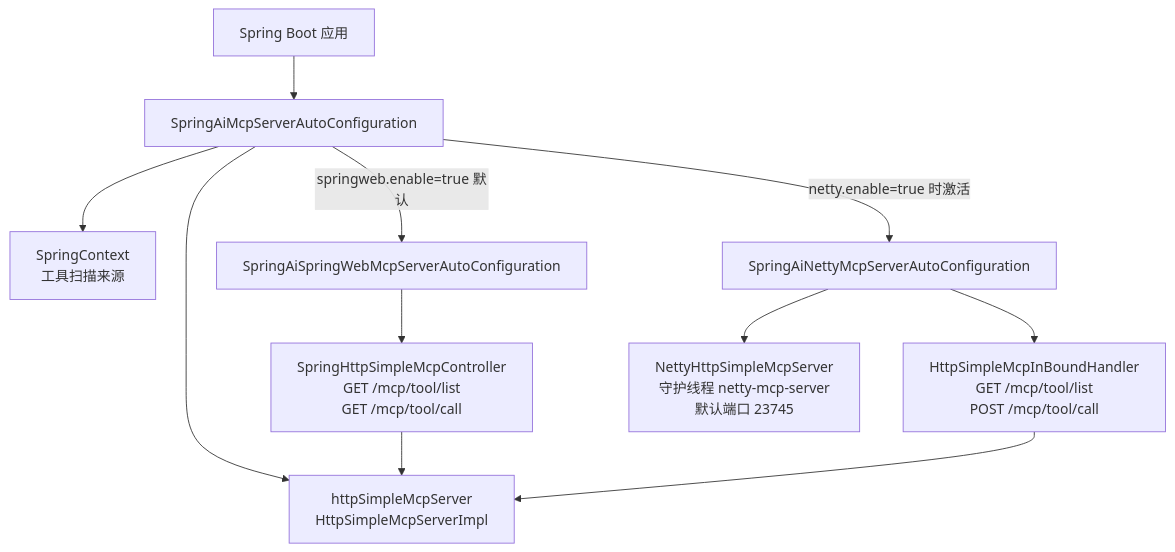
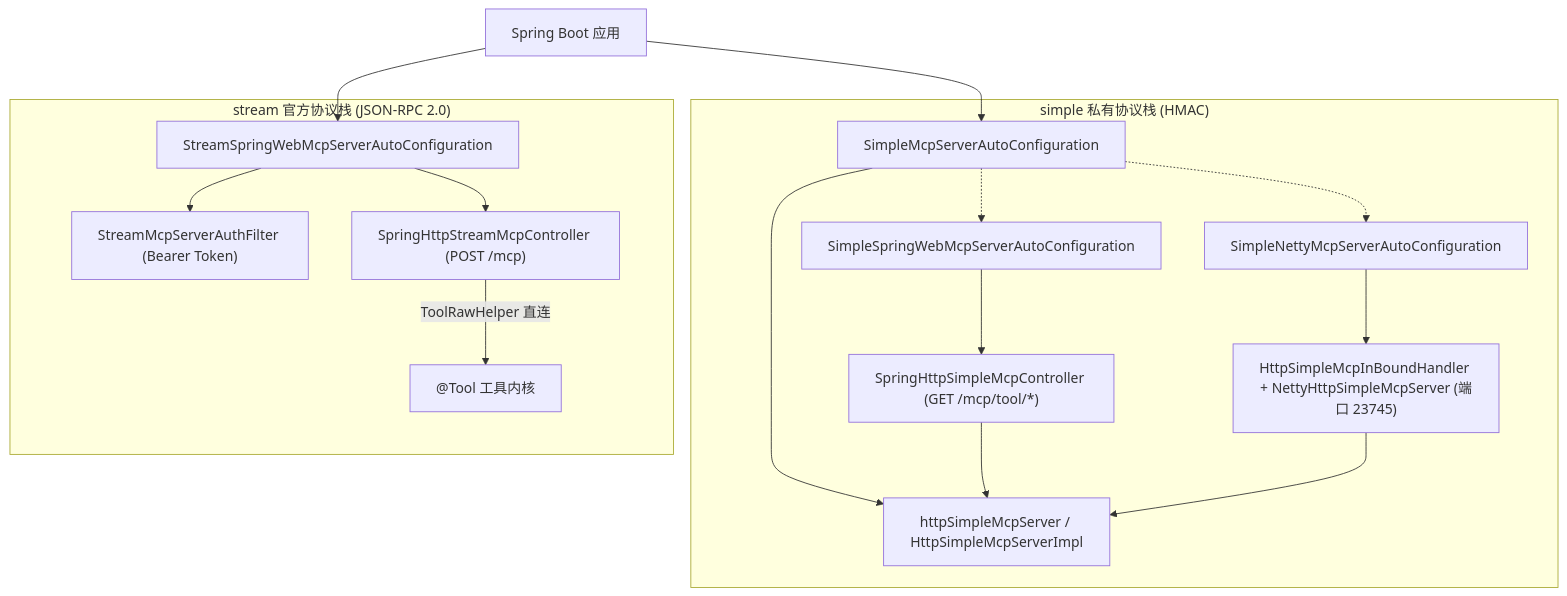
One commit to Ice2Faith/i2f-turbo-java changed the first of 2 diagrams in .wiki/modules/i2f-springboot/i2f-springboot-ai-mcp-server/readme.md. Above: the diagram before and after it, drawn with Mermaid. The commit also changed other lines of this file and 3 other files, not shown here.

````diff
--- a/.wiki/modules/i2f-springboot/i2f-springboot-ai-mcp-server/readme.md
+++ b/.wiki/modules/i2f-springboot/i2f-springboot-ai-mcp-server/readme.md
@@ -45,13 +45,25 @@
 ```mermaid
 flowchart TD
-    APP["Spring Boot 应用"] --> MAIN["SpringAiMcpServerAutoConfiguration"]
-    MAIN --> SS["httpSimpleMcpServer<br/>HttpSimpleMcpServerImpl"]
-    MAIN --> SC["SpringContext<br/>工具扫描来源"]
-    MAIN -->|"springweb.enable=true 默认"| WEB["SpringAiSpringWebMcpServerAutoConfiguration"]
-    MAIN -->|"netty.enable=true 时激活"| NET["SpringAiNettyMcpServerAutoConfiguration"]
-    WEB --> CTRL["SpringHttpSimpleMcpController<br/>GET /mcp/tool/list<br/>GET /mcp/tool/call"]
-    NET --> HN["HttpSimpleMcpInBoundHandler<br/>GET /mcp/tool/list<br/>POST /mcp/tool/call"]
-    NET --> NS["NettyHttpSimpleMcpServer<br/>守护线程 netty-mcp-server<br/>默认端口 23745"]
-    CTRL --> SS
-    HN --> SS
+    APP["Spring Boot 应用"]
+    subgraph simple["simple 私有协议栈 (HMAC)"]
+        SM["SimpleMcpServerAutoConfiguration"]
+        SS["httpSimpleMcpServer / HttpSimpleMcpServerImpl"]
+        SW["SimpleSpringWebMcpServerAutoConfiguration"]
+        NT["SimpleNettyMcpServerAutoConfiguration"]
+        CTRL["SpringHttpSimpleMcpController (GET /mcp/tool/*)"]
+        HN["HttpSimpleMcpInBoundHandler + NettyHttpSimpleMcpServer (端口 23745)"]
+        SM --> SS
+        SM -.-> SW --> CTRL --> SS
+        SM -.-> NT --> HN --> SS
+    end
+    subgraph stream["stream 官方协议栈 (JSON-RPC 2.0)"]
+        ST["StreamSpringWebMcpServerAutoConfiguration"]
+        AUTH["StreamMcpServerAuthFilter (Bearer Token)"]
+        SCH["SpringHttpStreamMcpController (POST /mcp)"]
+        ST --> AUTH
+        ST --> SCH
+        SCH -->|ToolRawHelper 直连| TOOL["@Tool 工具内核"]
+    end
+    APP --> SM
+    APP --> ST
 ```
````
